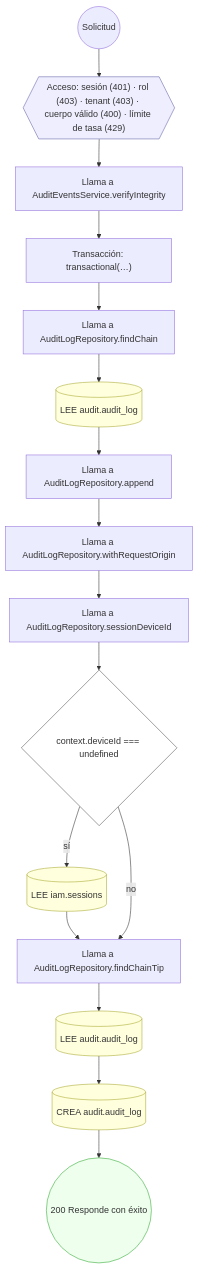
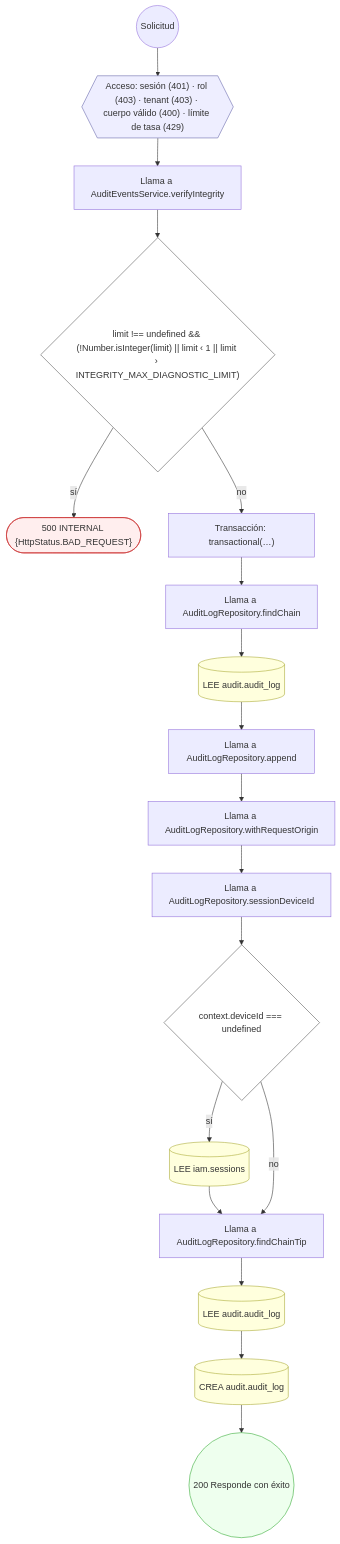
One commit to mdavila-2001/mantra-core-health-api changed the sixth of 13 diagrams in docs/inventario/flujos/audit.md. Above: the diagram before and after it, drawn with Mermaid. The commit also changed other lines of this file and 438 other files, not shown here.

````diff
--- a/docs/inventario/flujos/audit.md
+++ b/docs/inventario/flujos/audit.md
@@ -389,39 +416,43 @@
 ```mermaid
 flowchart TD
   n1(("Solicitud")):::inicio
   n2{{"Acceso: sesión (401) · rol (403) · tenant (403) · cuerpo válido (400) · límite de tasa (429)"}}:::acceso
   n1 --> n2
   n3["Llama a AuditEventsService.verifyIntegrity"]:::llamada
   n2 --> n3
-  n4["Transacción: transactional(…)"]:::transaccion
+  n4{"limit !== undefined && (!Number.isInteger(limit) || limit ‹ 1 || limit › INTEGRITY_MAX_DIAGNOSTIC_LIMIT)"}:::decision
   n3 --> n4
-  n5["Llama a AuditLogRepository.findChain"]:::llamada
-  n4 --> n5
-  n6[("LEE audit.audit_log")]:::efecto
-  n5 --> n6
-  n7["Llama a AuditLogRepository.append"]:::llamada
+  n5(["500 INTERNAL {HttpStatus.BAD_REQUEST}"]):::error
+  n4 -->|"sí"| n5
+  n6["Transacción: transactional(…)"]:::transaccion
+  n4 -->|"no"| n6
+  n7["Llama a AuditLogRepository.findChain"]:::llamada
   n6 --> n7
-  n8["Llama a AuditLogRepository.withRequestOrigin"]:::llamada
+  n8[("LEE audit.audit_log")]:::efecto
   n7 --> n8
-  n9["Llama a AuditLogRepository.sessionDeviceId"]:::llamada
+  n9["Llama a AuditLogRepository.append"]:::llamada
   n8 --> n9
-  n10{"context.deviceId === undefined"}:::decision
+  n10["Llama a AuditLogRepository.withRequestOrigin"]:::llamada
   n9 --> n10
-  n11[("LEE iam.sessions")]:::efecto
-  n10 -->|"sí"| n11
-  n12["Llama a AuditLogRepository.findChainTip"]:::llamada
+  n11["Llama a AuditLogRepository.sessionDeviceId"]:::llamada
+  n10 --> n11
+  n12{"context.deviceId === undefined"}:::decision
   n11 --> n12
-  n10 -->|"no"| n12
-  n13[("LEE audit.audit_log")]:::efecto
-  n12 --> n13
-  n14[("CREA audit.audit_log")]:::efecto
+  n13[("LEE iam.sessions")]:::efecto
+  n12 -->|"sí"| n13
+  n14["Llama a AuditLogRepository.findChainTip"]:::llamada
   n13 --> n14
-  n15(("200 Responde con éxito")):::ok
+  n12 -->|"no"| n14
+  n15[("LEE audit.audit_log")]:::efecto
   n14 --> n15
+  n16[("CREA audit.audit_log")]:::efecto
+  n15 --> n16
+  n17(("200 Responde con éxito")):::ok
+  n16 --> n17
   classDef acceso fill:#eef,stroke:#66a
   classDef error fill:#fee,stroke:#c33
   classDef ok fill:#efe,stroke:#3a3
   classDef efecto fill:#ffd,stroke:#aa3
   classDef decision fill:#fff,stroke:#555
   classDef corte fill:#eee,stroke:#999,stroke-dasharray: 4
 ```
````
